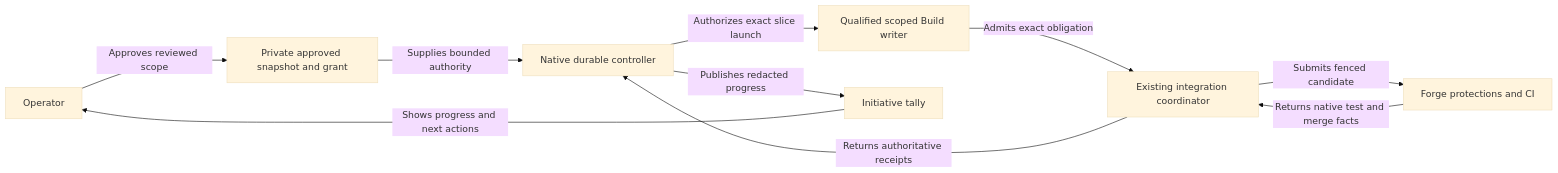
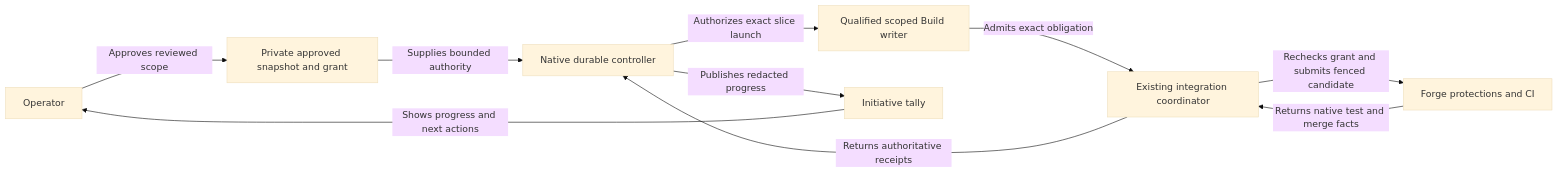
Before and after one commit to Saltiola7/dotfiles-ai: the first of 2 diagrams in docs/initiatives/dbsctr-auto-forge-parity/INITIATIVE-AUTO.md, drawn with Mermaid (base theme). The commit also changed other lines of this file and 2 other files, not shown here.

````diff
--- a/docs/initiatives/dbsctr-auto-forge-parity/INITIATIVE-AUTO.md
+++ b/docs/initiatives/dbsctr-auto-forge-parity/INITIATIVE-AUTO.md
@@ -109,14 +117,14 @@
 ```mermaid
 flowchart LR
     accTitle: Initiative Auto ownership and evidence flow
     accDescr: The operator approves the reviewed scope. A durable controller and scoped writer launch slices. The integration coordinator uses protected forge CI. Redacted evidence supplies the tally.
     O[Operator] -->|Approves reviewed scope| G[Private approved snapshot and grant]
     G -->|Supplies bounded authority| C[Native durable controller]
     C -->|Authorizes exact slice launch| W[Qualified scoped Build writer]
     W -->|Admits exact obligation| I[Existing integration coordinator]
-    I -->|Submits fenced candidate| F[Forge protections and CI]
+    I -->|Rechecks grant and submits fenced candidate| F[Forge protections and CI]
     F -->|Returns native test and merge facts| I
     I -->|Returns authoritative receipts| C
     C -->|Publishes redacted progress| T[Initiative tally]
     T -->|Shows progress and next actions| O
 ```
````
